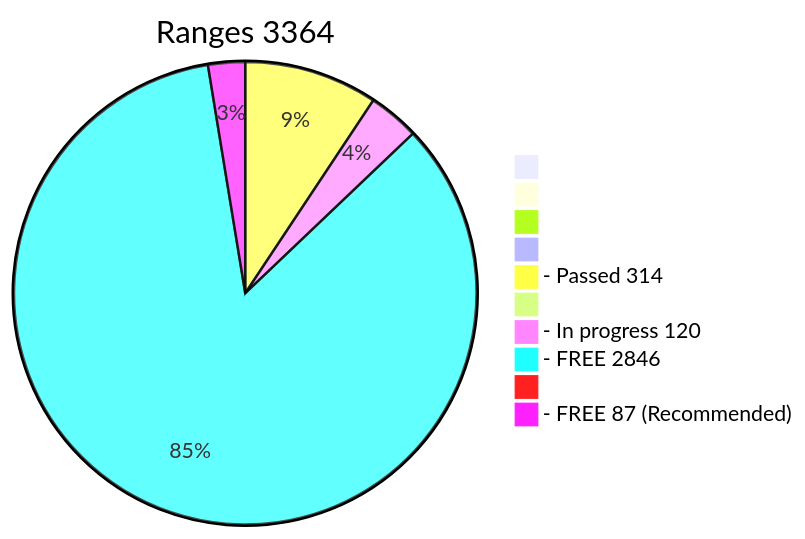
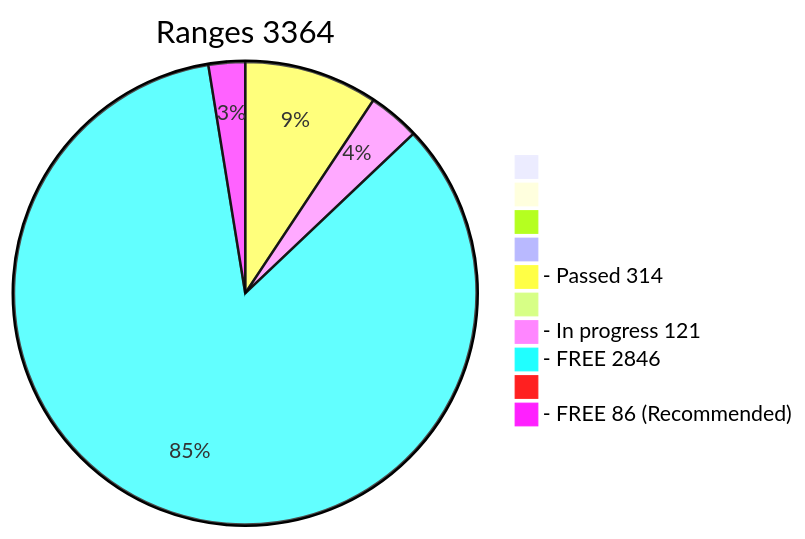
Before and after one commit to phrutis/wif500: the diagram in x64/Release/table.md, drawn with Mermaid. The commit also changed other lines of this file, not shown here.

````diff
--- a/x64/Release/table.md
+++ b/x64/Release/table.md
@@ -2,13 +2,13 @@
 ```mermaid
 pie title Ranges 3364
   " " : 0
   "  " : 0
   "   " : 0
   "    " : 0
   "- Passed 314" : 314
   "     " : 0
-  "- In progress 120" : 120
+  "- In progress 121" : 121
   "- FREE 2846" : 2846
   "      " : 0
-  "- FREE 87 (Recommended)" : 87
+  "- FREE 86 (Recommended)" : 86
 ```
````
